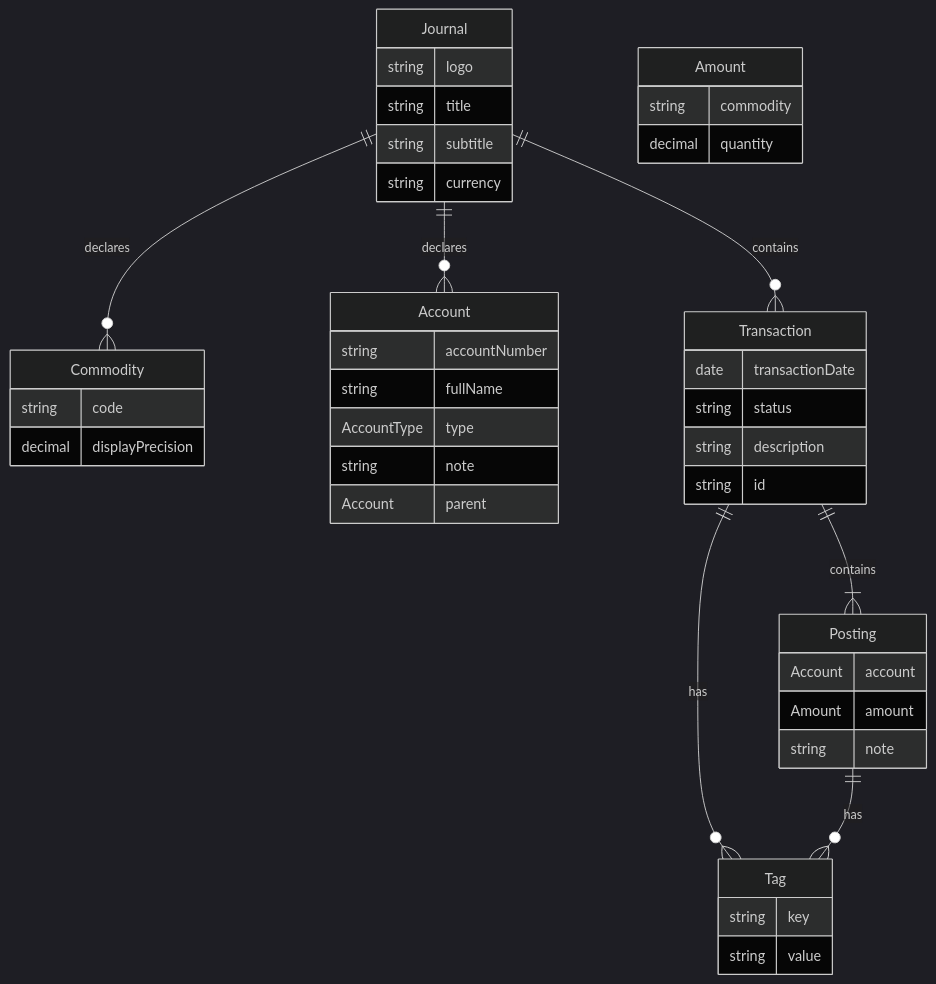
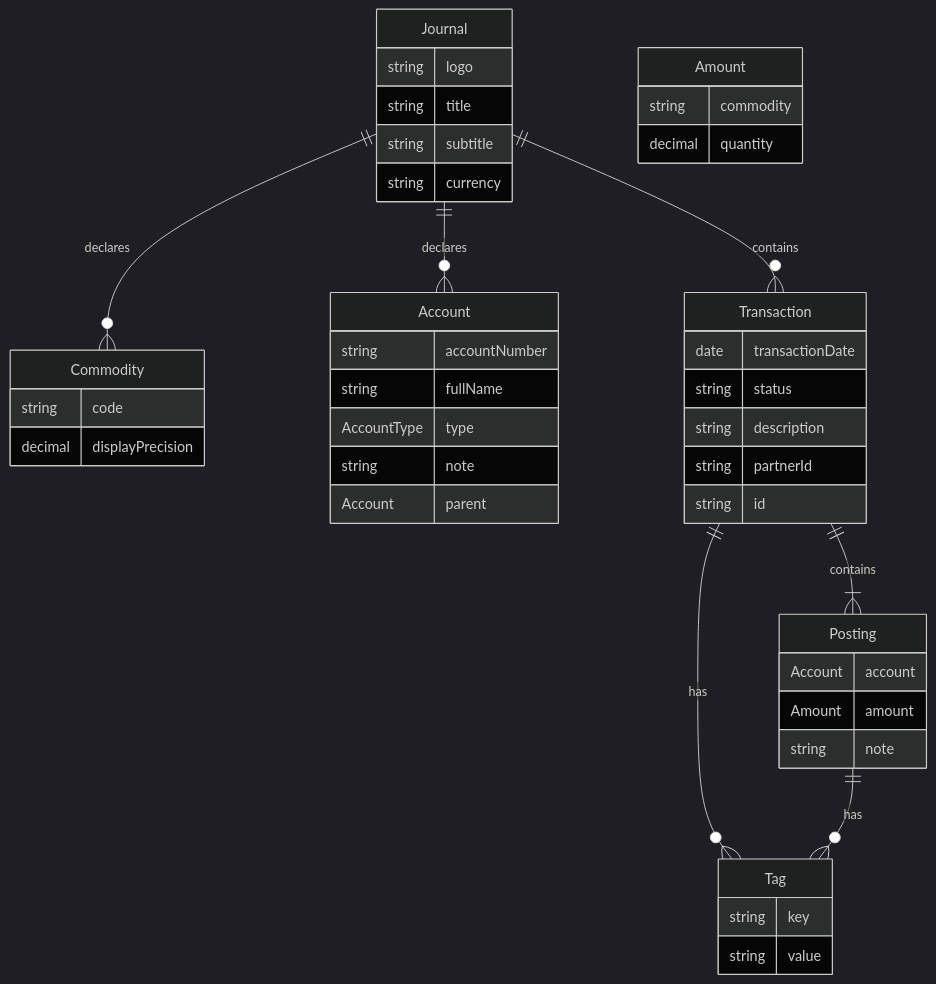
One commit to abstratium-dev/abstraccount changed the first of 2 diagrams in docs/DATA_MODEL.md. Above: the diagram before and after it, drawn with Mermaid (dark theme). The commit also changed other lines of this file and 24 other files, not shown here.

````diff
--- a/docs/DATA_MODEL.md
+++ b/docs/DATA_MODEL.md
@@ -15,51 +15,52 @@
 ```mermaid
 erDiagram
     Journal ||--o{ Commodity : "declares"
     Journal ||--o{ Account : "declares"
     Journal ||--o{ Transaction : "contains"
     Journal {
         string logo
         string title
         string subtitle
         string currency
     }
     
     Commodity {
         string code
         decimal displayPrecision
     }
     
     Account {
         string accountNumber
         string fullName
         AccountType type
         string note
         Account parent
     }
     
     Transaction ||--|{ Posting : "contains"
     Transaction ||--o{ Tag : "has"
     Transaction {
         date transactionDate
         string status
         string description
+        string partnerId
         string id
     }
     
     Posting ||--o{ Tag : "has"
     Posting {
         Account account
         Amount amount
         string note
     }
     
     Amount {
         string commodity
         decimal quantity
     }
     
     Tag {
         string key
         string value
     }
 ```
````
